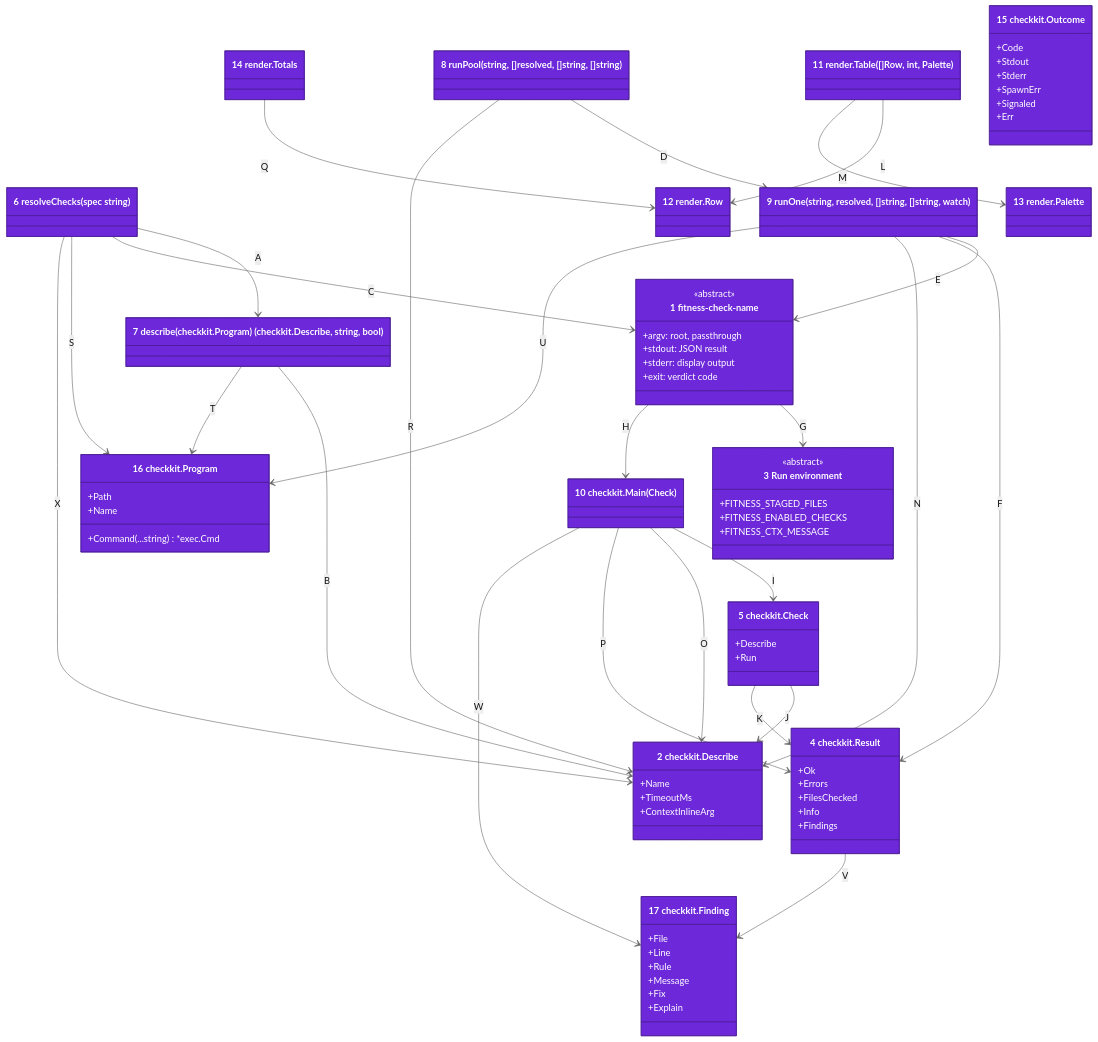
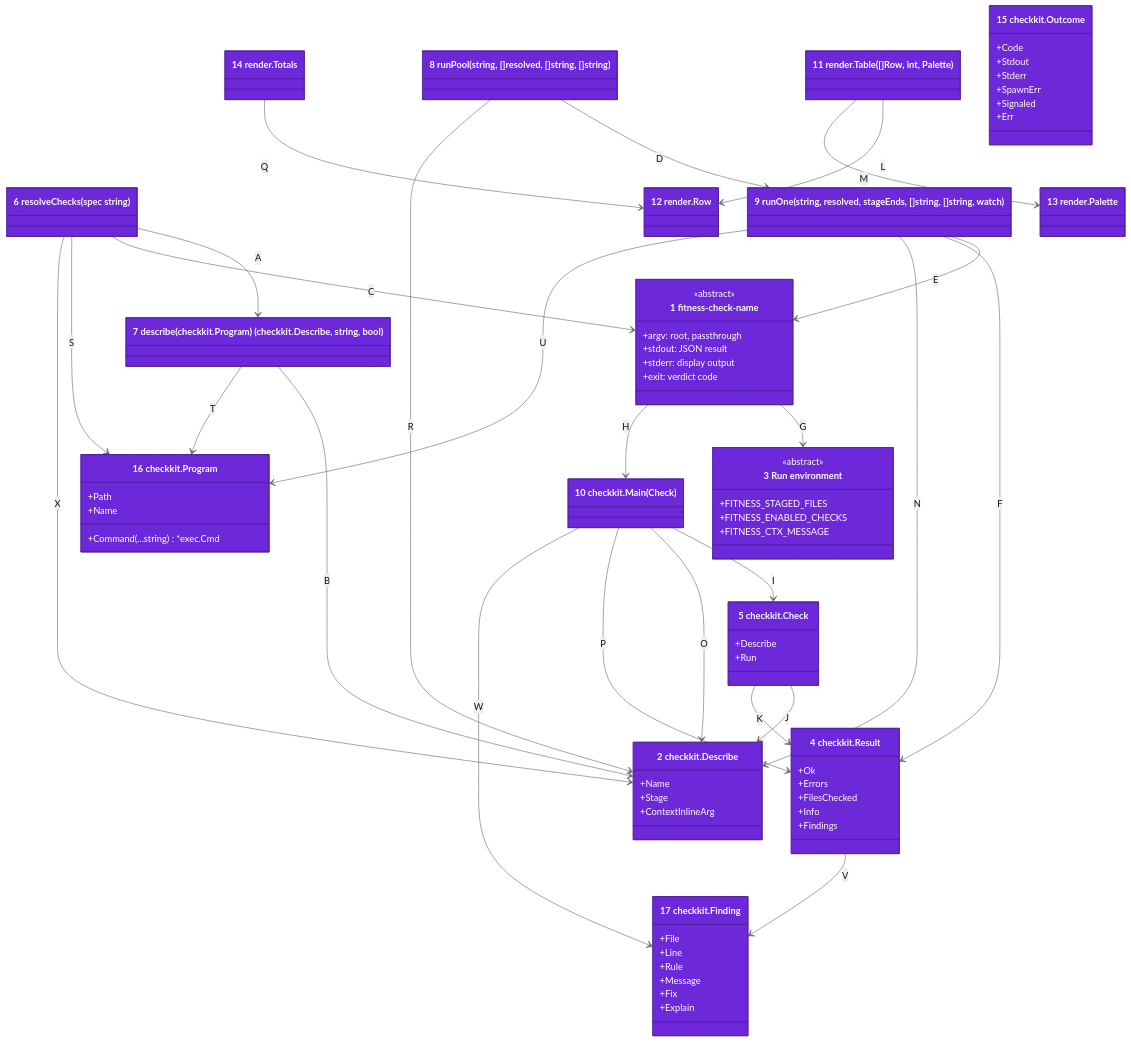
One commit to may-journal/fitness-runner changed the first of 2 diagrams in docs/architecture/04-code.md. Above: the diagram before and after it, drawn with Mermaid (neutral theme). The commit also changed other lines of this file and 73 other files, not shown here.

```diff
--- a/docs/architecture/04-code.md
+++ b/docs/architecture/04-code.md
@@ -11,7 +11,7 @@
     }
     class Describe["2 checkkit.Describe"] {
         +Name
-        +TimeoutMs
+        +Stage
         +ContextInlineArg
     }
     class RunEnv["3 Run environment"] {
@@ -34,7 +34,7 @@
     class resolveChecks["6 resolveChecks(spec string)"]
     class describe["7 describe(checkkit.Program) (checkkit.Describe, string, bool)"]
     class runPool["8 runPool(string, []resolved, []string, []string)"]
-    class runOne["9 runOne(string, resolved, []string, []string, watch)"]
+    class runOne["9 runOne(string, resolved, stageEnds, []string, []string, watch)"]
     class checkkitMain["10 checkkit.Main(Check)"]
     class renderTable["11 render.Table([]Row, int, Palette)"]
     class Row["12 render.Row"]
```
